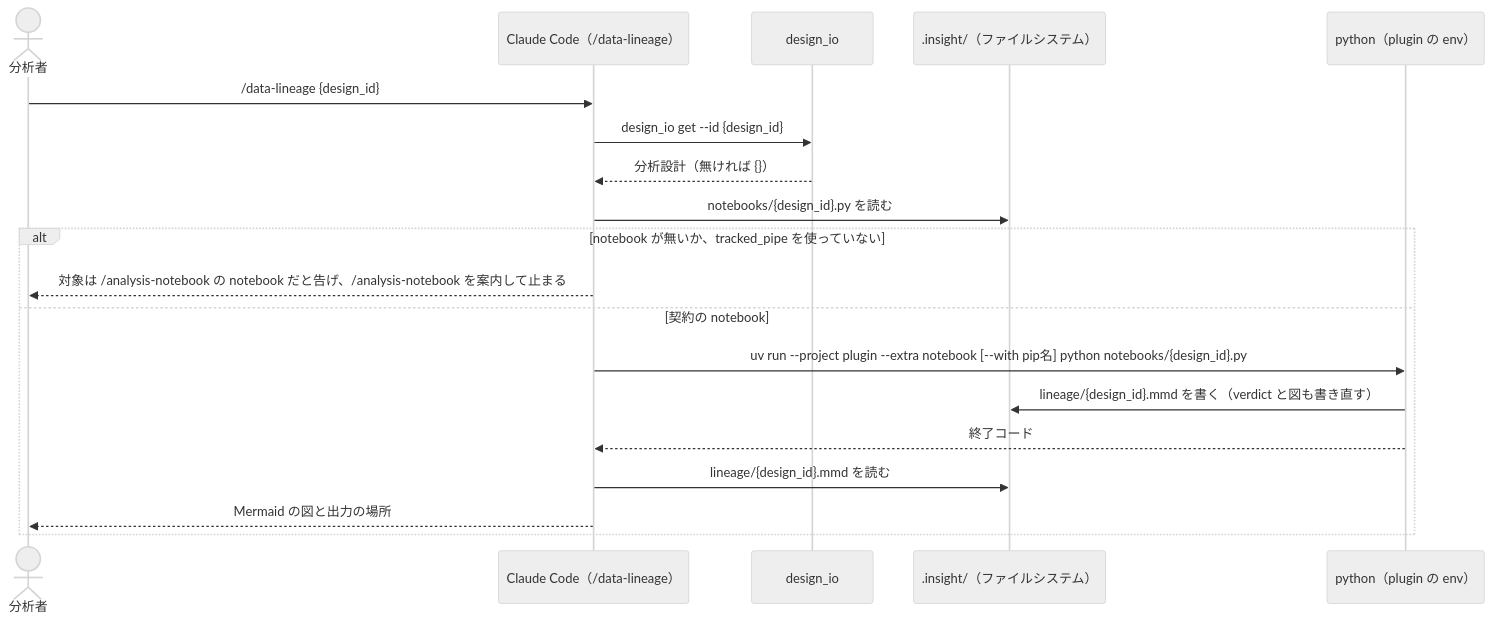
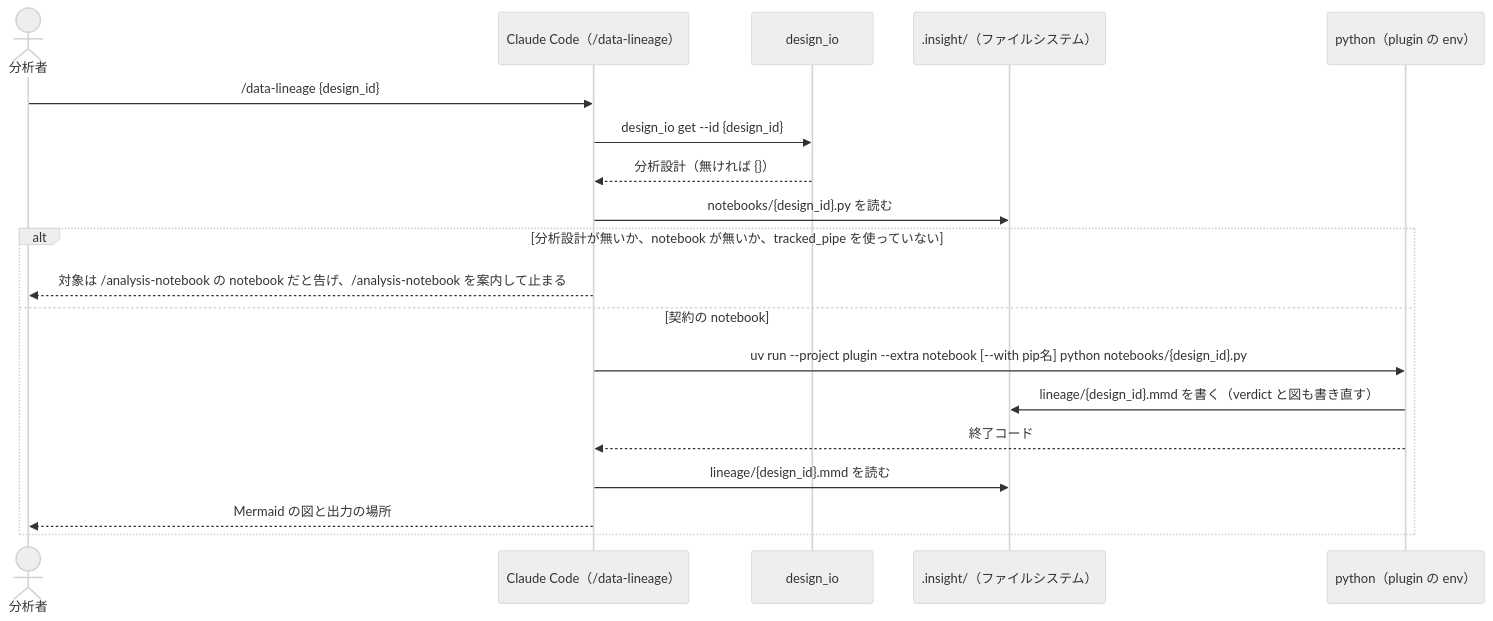
The third of 3 diagrams in docs/design/epic-31-drop-pypi-publish.md (etoyama/insight-blueprint-skills), drawn with Mermaid (neutral theme) before and after one commit. The commit also changed 3 other files, not shown here.

````diff
--- a/docs/design/epic-31-drop-pypi-publish.md
+++ b/docs/design/epic-31-drop-pypi-publish.md
@@ -183,22 +183,22 @@
 ```mermaid
 sequenceDiagram
     actor U as 分析者
     participant CC as Claude Code（/data-lineage）
     participant IO as design_io
     participant FS as .insight/（ファイルシステム）
     participant PY as python（plugin の env）
 
     U->>CC: /data-lineage {design_id}
     CC->>IO: design_io get --id {design_id}
     IO-->>CC: 分析設計（無ければ {}）
     CC->>FS: notebooks/{design_id}.py を読む
-    alt notebook が無いか、tracked_pipe を使っていない
+    alt 分析設計が無いか、notebook が無いか、tracked_pipe を使っていない
         CC-->>U: 対象は /analysis-notebook の notebook だと告げ、/analysis-notebook を案内して止まる
     else 契約の notebook
         CC->>PY: uv run --project plugin --extra notebook [--with pip名] python notebooks/{design_id}.py
         PY->>FS: lineage/{design_id}.mmd を書く（verdict と図も書き直す）
         PY-->>CC: 終了コード
         CC->>FS: lineage/{design_id}.mmd を読む
         CC-->>U: Mermaid の図と出力の場所
     end
 ```
````
